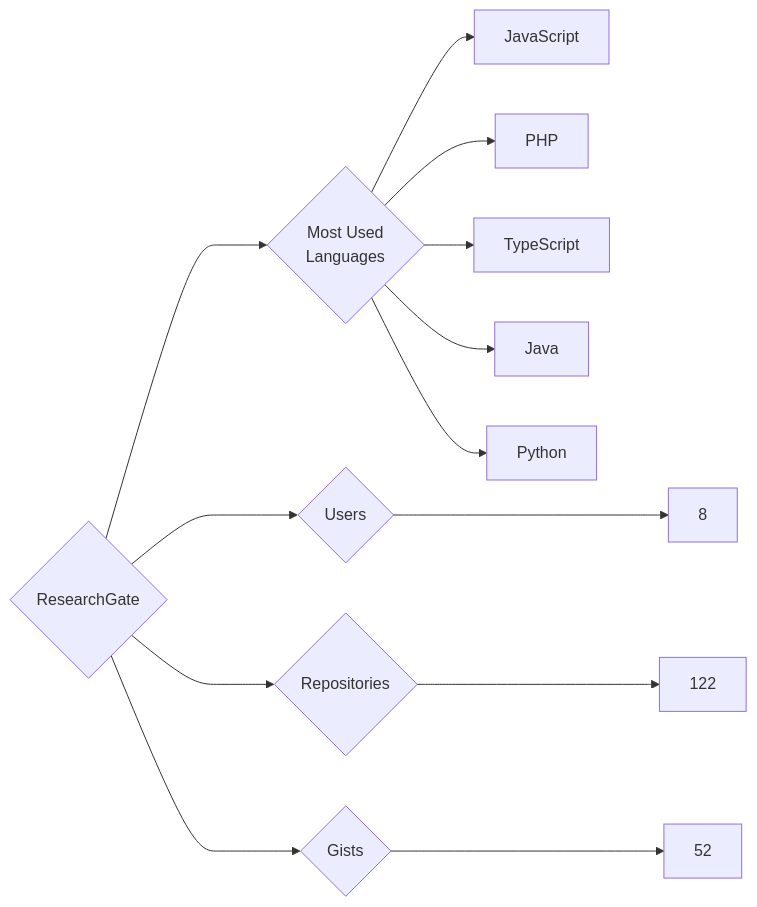
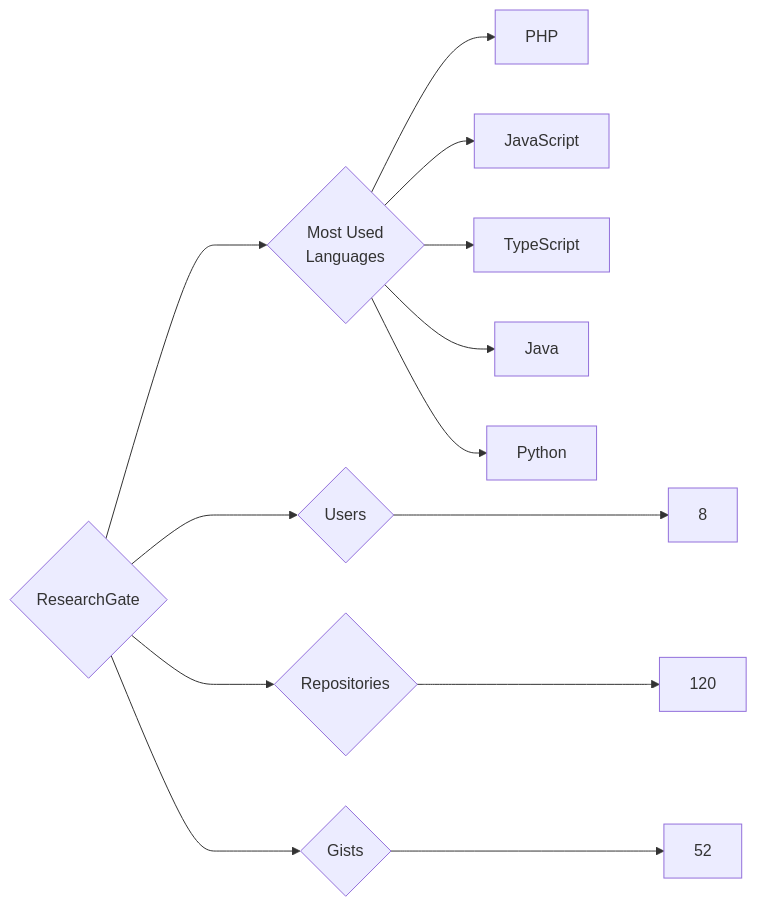
One commit to trickest/insiders changed the diagram in targets/ResearchGate/README.md. Above: the diagram before and after it, drawn with Mermaid. The commit also changed 797 other files, not shown here.

````diff
--- a/targets/ResearchGate/README.md
+++ b/targets/ResearchGate/README.md
@@ -3,13 +3,13 @@
 ```mermaid
 graph LR
 COMPANY_NAME{ResearchGate}
 COMPANY_NAME ---> U{Users} ---> UN[8]
-COMPANY_NAME ---> R{Repositories} ---> RN[122]
+COMPANY_NAME ---> R{Repositories} ---> RN[120]
 COMPANY_NAME ---> G{Gists} ---> GN[52]
 COMPANY_NAME ---> ML{Most Used<br>Languages}
+ML --> PHP[PHP]
 ML --> JavaScript[JavaScript]
-ML --> PHP[PHP]
 ML --> TypeScript[TypeScript]
 ML --> Java[Java]
 ML --> Python[Python]
 ```
````
